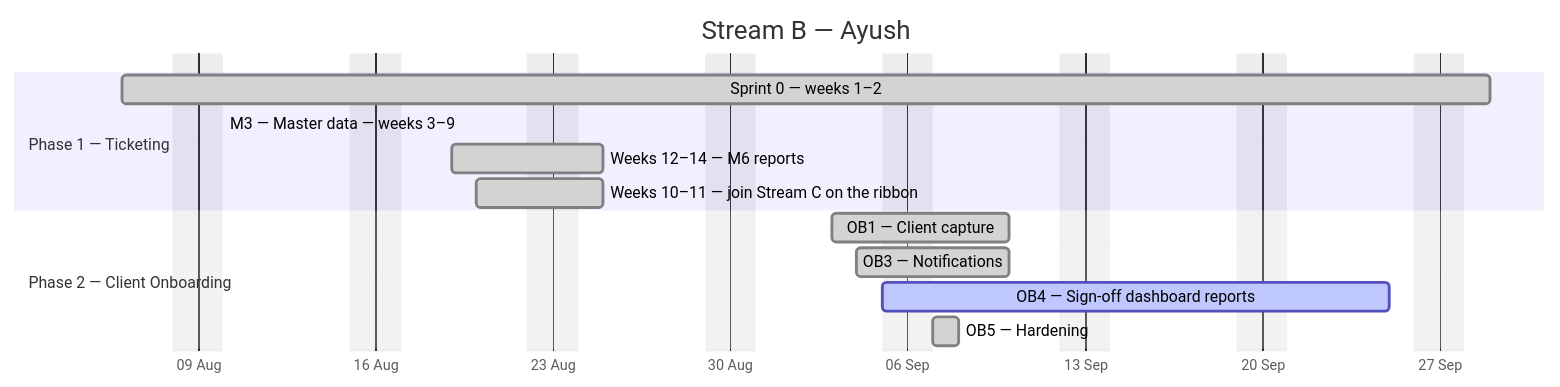
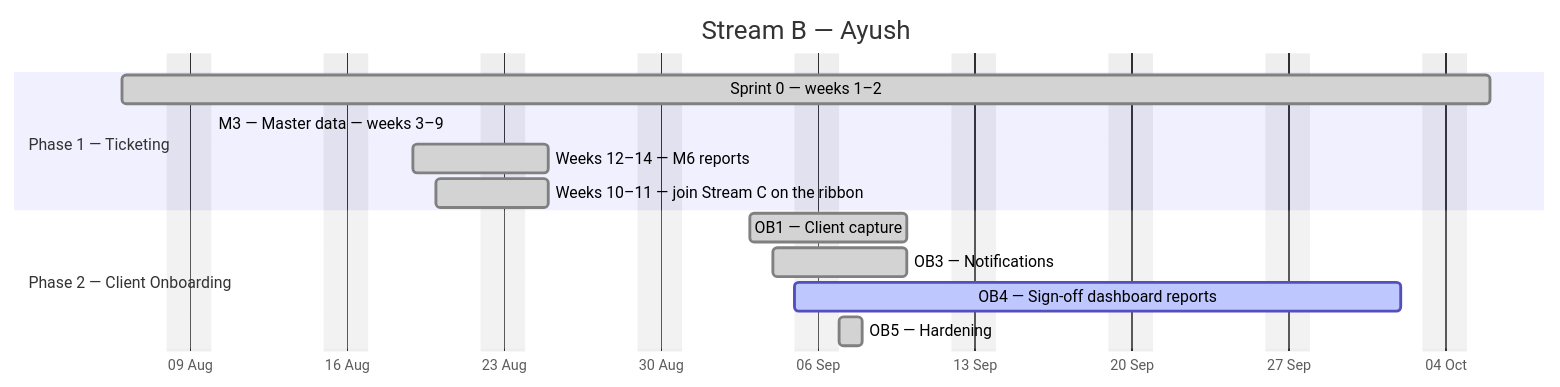
The second of 4 diagrams in docs/plan/GANTT.md (debashisedunext/EduTrack), drawn with Mermaid before and after one commit. The commit also changed other lines of this file and 2 other files, not shown here.

````diff
--- a/docs/plan/GANTT.md
+++ b/docs/plan/GANTT.md
@@ -135,17 +135,17 @@
 ```mermaid
 gantt
     dateFormat YYYY-MM-DD
     axisFormat %d %b
     title Stream B — Ayush
     excludes weekends
     section Phase 1 — Ticketing
-    Sprint 0 — weeks 1–2 :done, b0, 2026-08-06, 38d
-    M3 — Master data — weeks 3–9 :done, b1, 2026-08-10, -25d
+    Sprint 0 — weeks 1–2 :done, b0, 2026-08-06, 43d
+    M3 — Master data — weeks 3–9 :done, b1, 2026-08-10, -30d
     Weeks 12–14 — M6 reports :done, b2, 2026-08-19, 4d
     Weeks 10–11 — join Stream C on the ribbon :done, b3, 2026-08-20, 3d
     section Phase 2 — Client Onboarding
     OB1 — Client capture :done, b4, 2026-09-03, 5d
     OB3 — Notifications :done, b5, 2026-09-04, 4d
-    OB4 — Sign-off  dashboard  reports :active, b6, 2026-09-05, 15d
+    OB4 — Sign-off  dashboard  reports :active, b6, 2026-09-05, 20d
     OB5 — Hardening :done, b7, 2026-09-07, 1d
 ```
````
